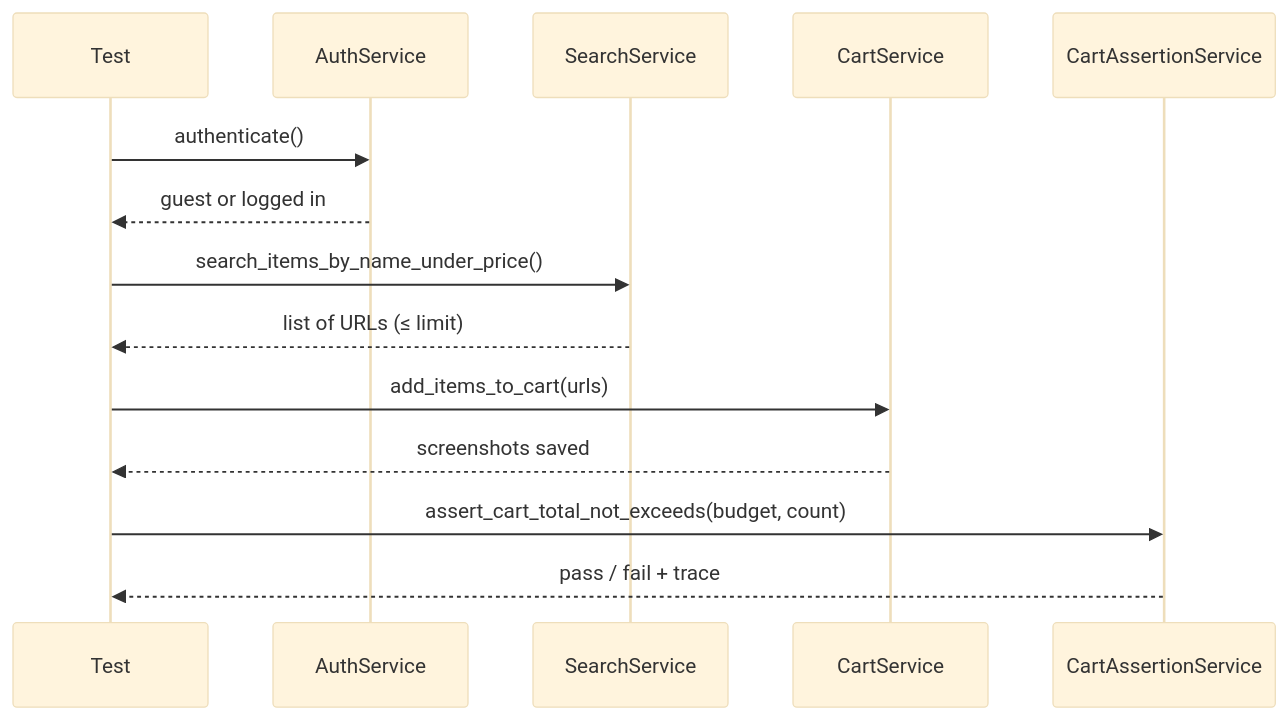
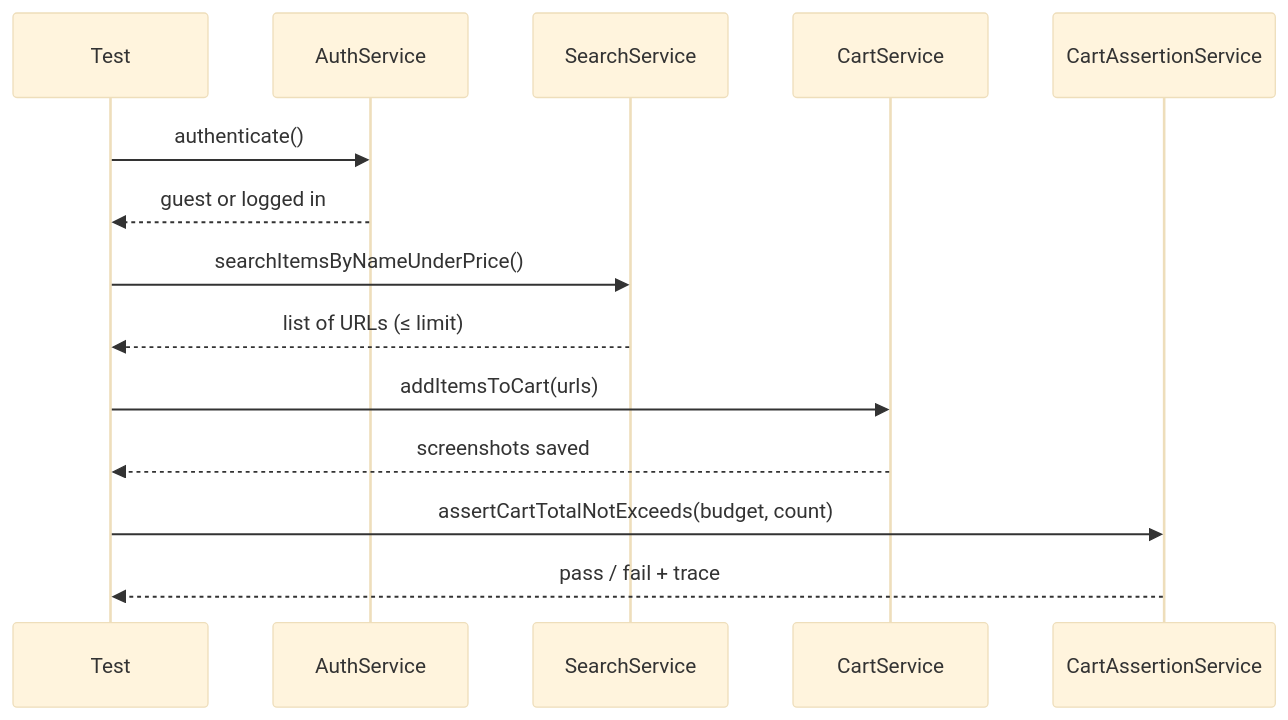
One commit to ChaimCymerman0548492309/Ness changed the diagram in docs/ARCHITECTURE.md. Above: the diagram before and after it, drawn with Mermaid (base theme). The commit also changed 7 other files, not shown here.

Commit message:
modified:   README.md 	modified:   docs/ARCHITECTURE.md 	modified:   docs/REQUIREMENTS_COMPLIANCE.md 	modified:   ebay_automation.py 	modified:   services/cart_assertion_service.py 	modified:   services/cart_service.py 	modified:   services/search_service.py 	modified:   tests/test_ebay_e2e.py

````diff
--- a/docs/ARCHITECTURE.md
+++ b/docs/ARCHITECTURE.md
@@ -73,17 +73,17 @@
 ```mermaid
 sequenceDiagram
     participant T as Test
     participant A as AuthService
     participant S as SearchService
     participant C as CartService
     participant V as CartAssertionService
 
     T->>A: authenticate()
     A-->>T: guest or logged in
-    T->>S: search_items_by_name_under_price()
+    T->>S: searchItemsByNameUnderPrice()
     S-->>T: list of URLs (≤ limit)
-    T->>C: add_items_to_cart(urls)
+    T->>C: addItemsToCart(urls)
     C-->>T: screenshots saved
-    T->>V: assert_cart_total_not_exceeds(budget, count)
+    T->>V: assertCartTotalNotExceeds(budget, count)
     V-->>T: pass / fail + trace
 ```
````
